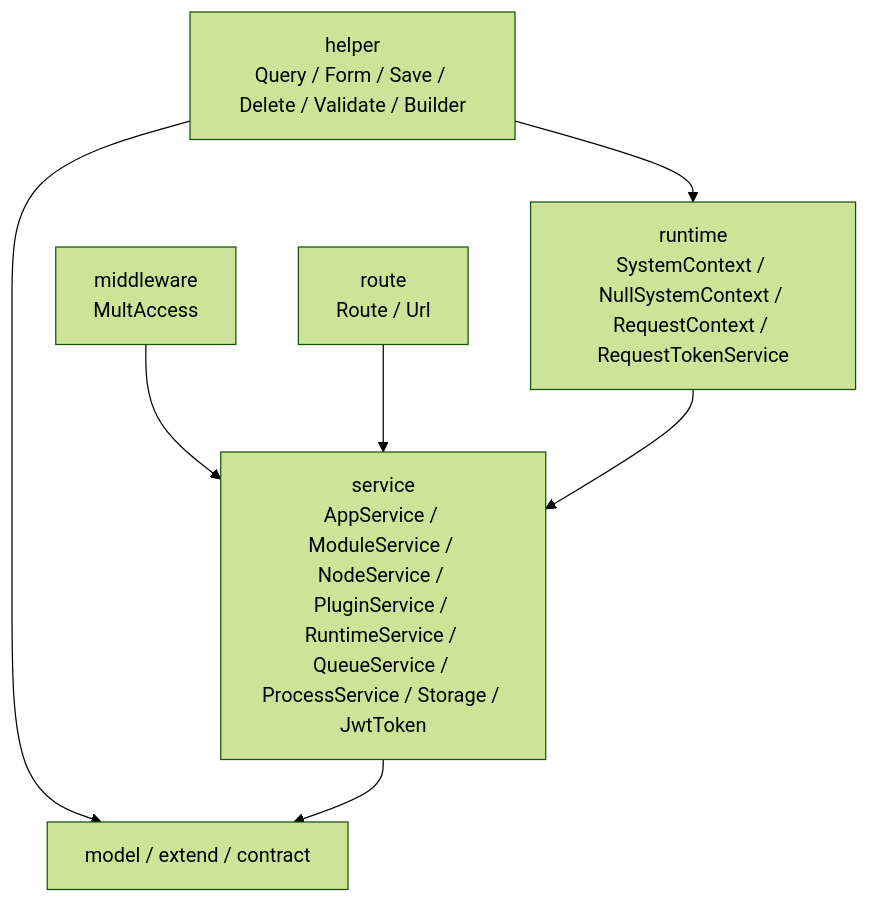
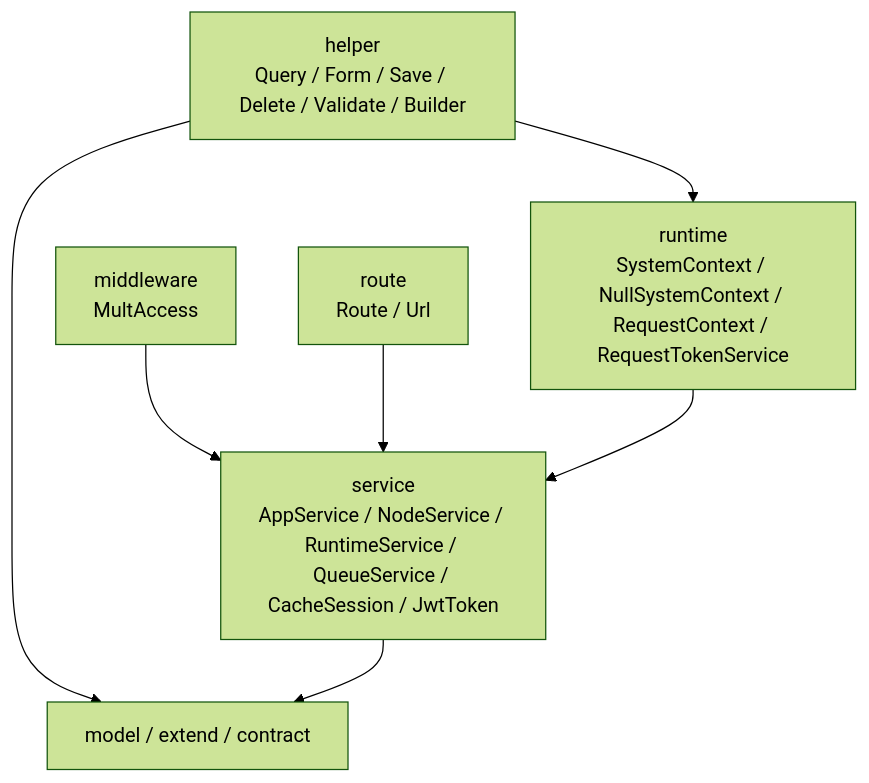
Before and after one commit to zoujingli/ThinkAdminDeveloper: the third of 3 diagrams in docs/architecture/plugin-boundaries.md, drawn with Mermaid (forest theme). The commit also changed other lines of this file and 142 other files, not shown here.

````diff
--- a/docs/architecture/plugin-boundaries.md
+++ b/docs/architecture/plugin-boundaries.md
@@ -63,16 +63,16 @@
 ```mermaid
 flowchart TD
-    SV["service<br/>AppService / ModuleService / NodeService / PluginService / RuntimeService / QueueService / ProcessService / Storage / JwtToken"]
+    SV["service<br/>AppService / NodeService / RuntimeService / QueueService / CacheSession / JwtToken"]
     RT["runtime<br/>SystemContext / NullSystemContext / RequestContext / RequestTokenService"]
     MW["middleware<br/>MultAccess"]
     RO["route<br/>Route / Url"]
     HP["helper<br/>Query / Form / Save / Delete / Validate / Builder"]
     MD["model / extend / contract"]
 
     MW --> SV
     RO --> SV
     HP --> RT
     HP --> MD
     RT --> SV
     SV --> MD
 ```
````
